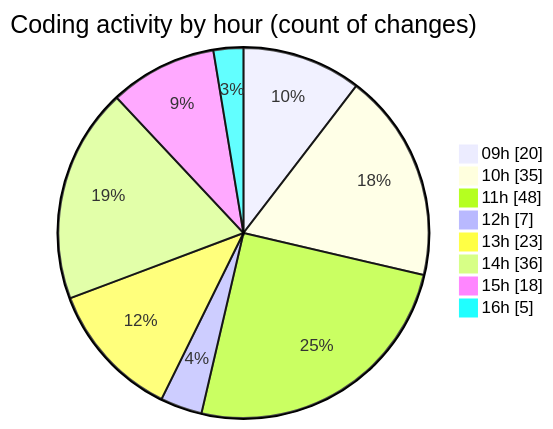
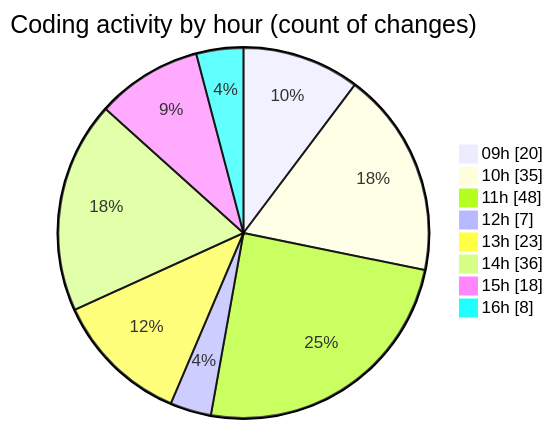
The second of 2 diagrams in 2025-06-10/ecodeli-1/README.md (CELIANVF/code-tracking), drawn with Mermaid before and after one commit. The commit also changed other lines of this file and 1 other file, not shown here.

````diff
--- a/2025-06-10/ecodeli-1/README.md
+++ b/2025-06-10/ecodeli-1/README.md
@@ -99,12 +100,12 @@
 ```mermaid
 pie showData
 title Coding activity by hour (count of changes)
 "09h" : 20
 "10h" : 35
 "11h" : 48
 "12h" : 7
 "13h" : 23
 "14h" : 36
 "15h" : 18
-"16h" : 5
+"16h" : 8
 ```
````
